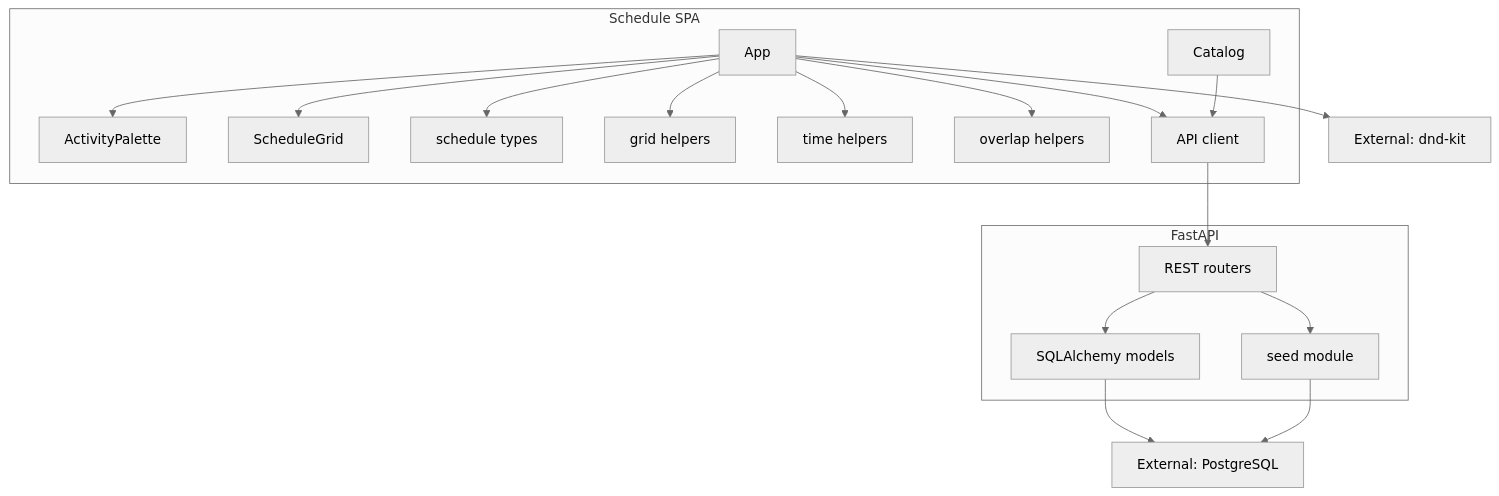
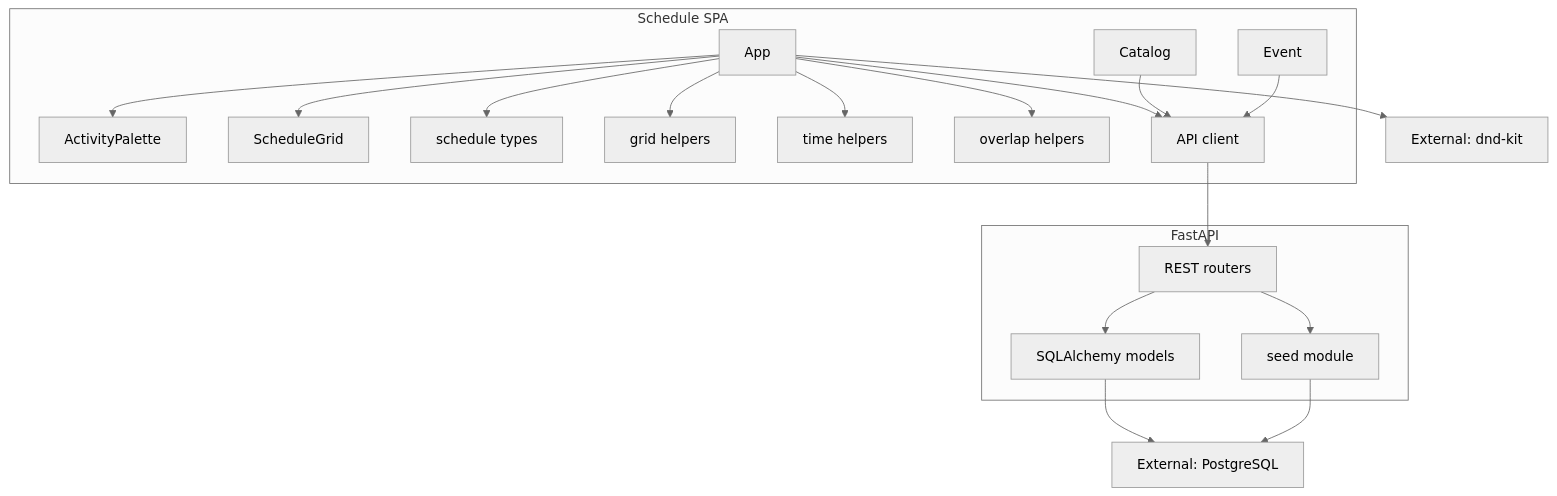
The diagram in docs/c4/component.md (tri2k/room-allocations-demo), drawn with Mermaid before and after one commit. The commit also changed other lines of this file and 10 other files, not shown here.

````diff
--- a/docs/c4/component.md
+++ b/docs/c4/component.md
@@ -5,36 +5,38 @@
 ```mermaid
 %%{init: {"theme": "neutral"}}%%
 flowchart TB
   subgraph spa [Schedule SPA]
     app["App"]
     catalog["Catalog"]
+    eventPage["Event"]
     palette["ActivityPalette"]
     grid["ScheduleGrid"]
     types["schedule types"]
     libGrid["grid helpers"]
     libTime["time helpers"]
     libOverlap["overlap helpers"]
     libApi["API client"]
   end
   subgraph api [FastAPI]
     routers["REST routers"]
     models["SQLAlchemy models"]
     seedMod["seed module"]
   end
   dndKit["External: dnd-kit"]
   postgres["External: PostgreSQL"]
   app --> palette
   app --> grid
   app --> libGrid
   app --> libTime
   app --> libOverlap
   app --> libApi
   app --> types
   app --> dndKit
   catalog --> libApi
+  eventPage --> libApi
   libApi --> routers
   routers --> models
   routers --> seedMod
   models --> postgres
   seedMod --> postgres
 ```
````
